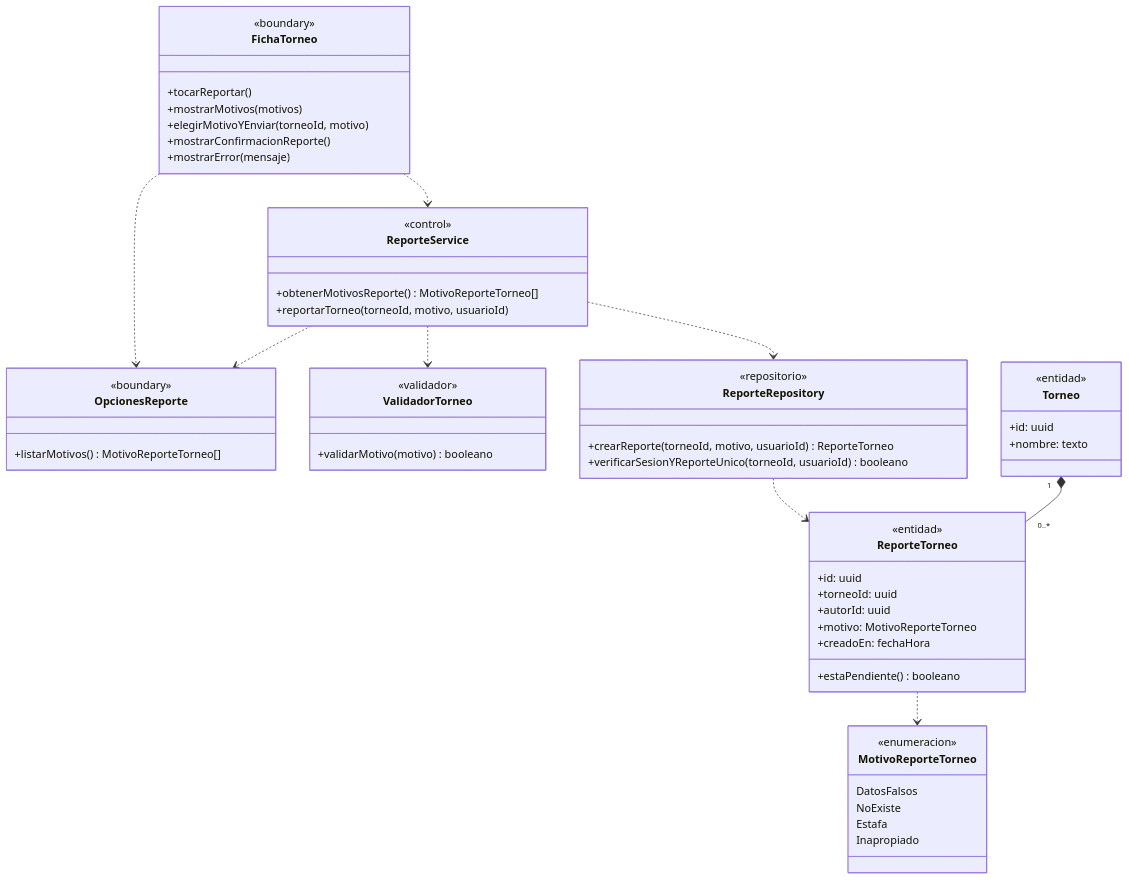
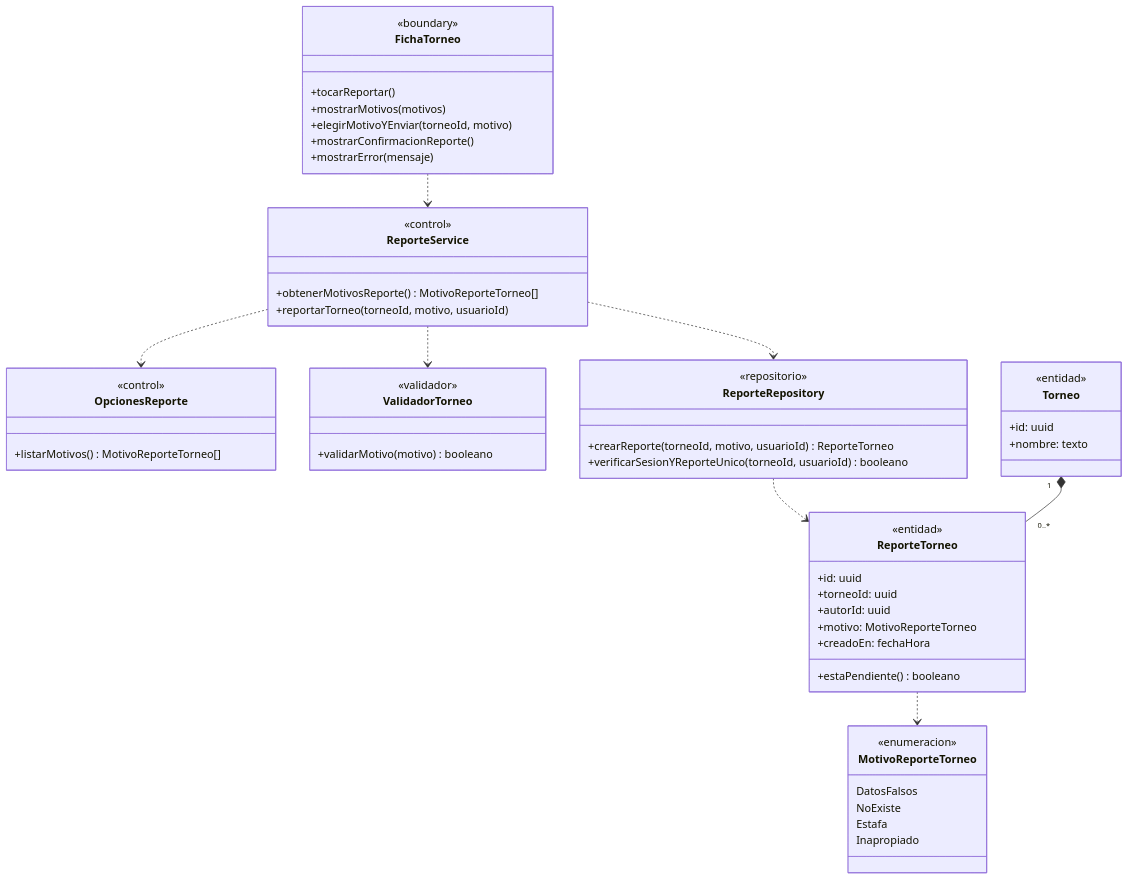
The seventh of 7 diagrams in docs/diagramas-de-clase/catalogo-de-torneos.md (nicqletal/torneos-scraper), drawn with Mermaid before and after one commit. The commit also changed other lines of this file and 12 other files, not shown here.

First line of the commit message:
docs(diagramas-de-clase): alinear métodos con secuencias, unificar capas y limpiar etiquetas en flechas

````diff
--- a/docs/diagramas-de-clase/catalogo-de-torneos.md
+++ b/docs/diagramas-de-clase/catalogo-de-torneos.md
@@ -487,58 +497,57 @@
 ```mermaid
 classDiagram
 class FichaTorneo {
   <<boundary>>
   +tocarReportar()
   +mostrarMotivos(motivos)
   +elegirMotivoYEnviar(torneoId, motivo)
   +mostrarConfirmacionReporte()
   +mostrarError(mensaje)
 }
 class OpcionesReporte {
-  <<boundary>>
+  <<control>>
   +listarMotivos() MotivoReporteTorneo[]
 }
 class ReporteService {
   <<control>>
   +obtenerMotivosReporte() MotivoReporteTorneo[]
   +reportarTorneo(torneoId, motivo, usuarioId)
 }
 class ValidadorTorneo {
   <<validador>>
   +validarMotivo(motivo) booleano
 }
 class ReporteRepository {
   <<repositorio>>
   +crearReporte(torneoId, motivo, usuarioId) ReporteTorneo
   +verificarSesionYReporteUnico(torneoId, usuarioId) booleano
 }
 class ReporteTorneo {
   <<entidad>>
   +id: uuid
   +torneoId: uuid
   +autorId: uuid
   +motivo: MotivoReporteTorneo
   +creadoEn: fechaHora
   +estaPendiente() booleano
 }
 class Torneo {
   <<entidad>>
   +id: uuid
   +nombre: texto
 }
 class MotivoReporteTorneo {
   <<enumeracion>>
   DatosFalsos
   NoExiste
   Estafa
   Inapropiado
 }
-FichaTorneo ..> OpcionesReporte
 FichaTorneo ..> ReporteService
 ReporteService ..> OpcionesReporte
 ReporteService ..> ValidadorTorneo
 ReporteService ..> ReporteRepository
 ReporteRepository ..> ReporteTorneo
 Torneo "1" *-- "0..*" ReporteTorneo
 ReporteTorneo ..> MotivoReporteTorneo
 ```
````
